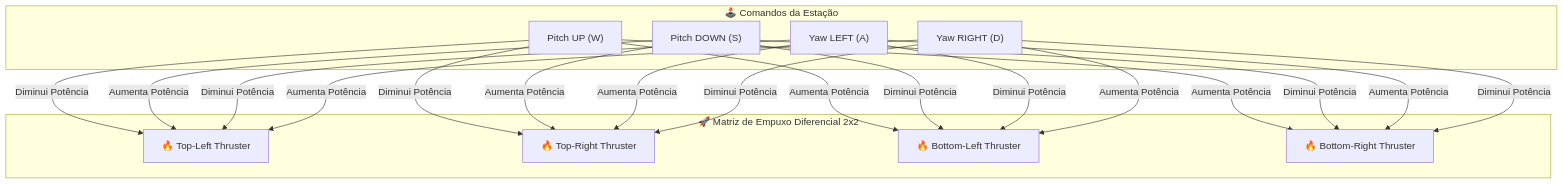
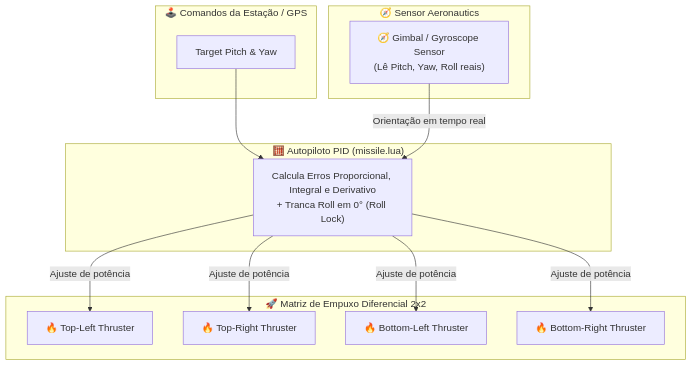
One commit to marcelin1555/MISSEL-FALAE changed the diagram in guia-montagem/README.md. Above: the diagram before and after it, drawn with Mermaid. The commit also changed other lines of this file and 2 other files, not shown here.

Commit message:
⚙️ Adiciona autopiloto de estabilização PID usando o Gimbal do Create Aeronautics

````diff
--- a/guia-montagem/README.md
+++ b/guia-montagem/README.md
@@ -54,28 +56,25 @@
 ```mermaid
 graph TD
-    subgraph "🕹️ Comandos da Estação"
-        PITCH_UP["Pitch UP (W)"]
-        PITCH_DOWN["Pitch DOWN (S)"]
-        YAW_LEFT["Yaw LEFT (A)"]
-        YAW_RIGHT["Yaw RIGHT (D)"]
+    subgraph "🕹️ Comandos da Estação / GPS"
+        CMD["Target Pitch & Yaw"]
+    end
+
+    subgraph "🧭 Sensor Aeronautics"
+        GIMBAL["🧭 Gimbal / Gyroscope Sensor<br/>(Lê Pitch, Yaw, Roll reais)"]
+    end
+
+    subgraph "🧮 Autopiloto PID (missile.lua)"
+        PID["Calcula Erros Proporcional, Integral e Derivativo<br/>+ Tranca Roll em 0° (Roll Lock)"]
     end
 
     subgraph "🚀 Matriz de Empuxo Diferencial 2x2"
         TL["🔥 Top-Left Thruster"]
         TR["🔥 Top-Right Thruster"]
         BL["🔥 Bottom-Left Thruster"]
         BR["🔥 Bottom-Right Thruster"]
     end
 
-    PITCH_UP -->|Aumenta Potência| BL & BR
-    PITCH_UP -->|Diminui Potência| TL & TR
-    
-    PITCH_DOWN -->|Aumenta Potência| TL & TR
-    PITCH_DOWN -->|Diminui Potência| BL & BR
-
-    YAW_LEFT -->|Aumenta Potência| TR & BR
-    YAW_LEFT -->|Diminui Potência| TL & BL
-
-    YAW_RIGHT -->|Aumenta Potência| TL & BL
-    YAW_RIGHT -->|Diminui Potência| TR & BR
+    CMD --> PID
+    GIMBAL -->|Orientação em tempo real| PID
+    PID -->|Ajuste de potência| TL & TR & BL & BR
 ```
````
